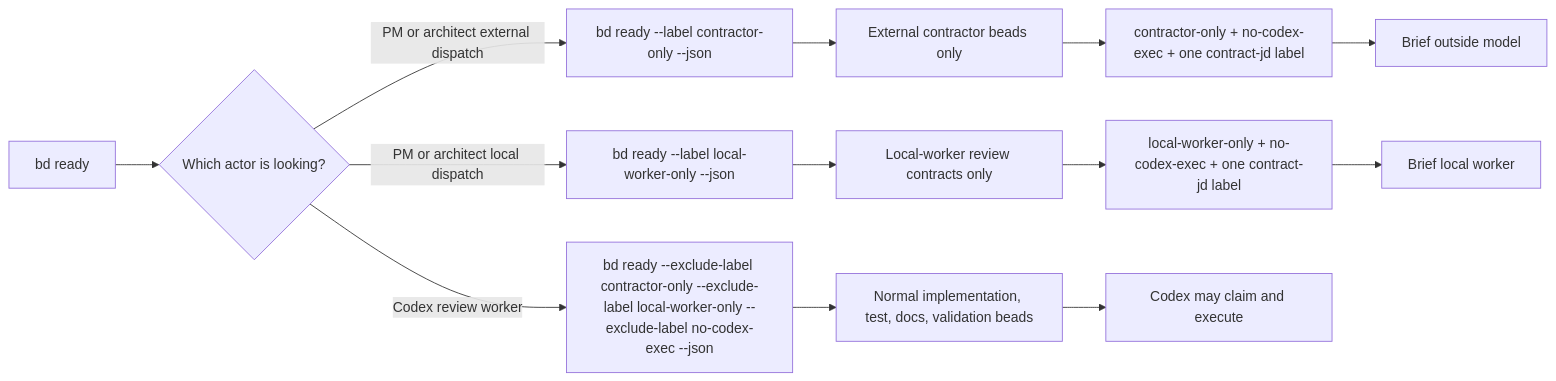
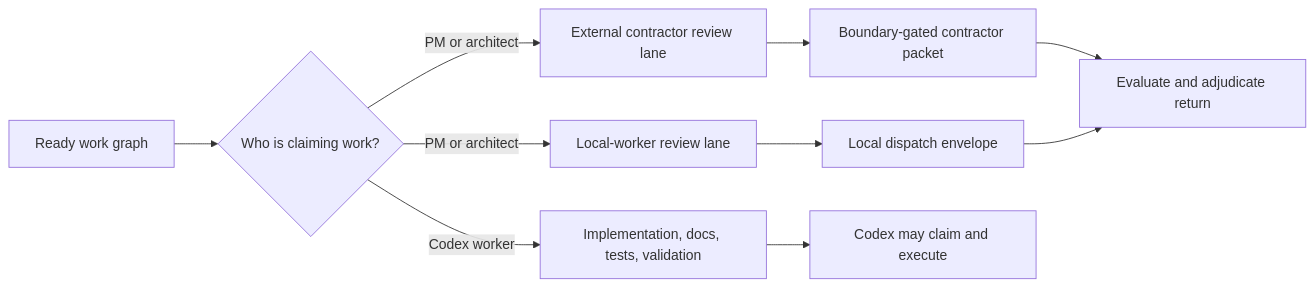
Before and after one commit to gprocunier/complex-work-orchestration: the ninth of 10 diagrams in README.md, drawn with Mermaid. The commit also changed other lines of this file and 8 other files, not shown here.

````diff
--- a/README.md
+++ b/README.md
@@ -787,17 +793,13 @@
 ```mermaid
 flowchart LR
-    Ready[bd ready] --> Filter{Which actor is looking?}
-    Filter -->|Codex review worker| CodexCmd[bd ready --exclude-label contractor-only --exclude-label local-worker-only --exclude-label no-codex-exec --json]
-    Filter -->|PM or architect external dispatch| ContractorCmd[bd ready --label contractor-only --json]
-    Filter -->|PM or architect local dispatch| LocalCmd[bd ready --label local-worker-only --json]
+    Ready[Ready work graph] --> Filter{Who is claiming work?}
+    Filter -->|Codex worker| Normal[Implementation, docs, tests, validation]
+    Filter -->|PM or architect| External[External contractor review lane]
+    Filter -->|PM or architect| Local[Local-worker review lane]
 
-    CodexCmd --> Normal[Normal implementation, test, docs, validation beads]
-    ContractorCmd --> Contracts[External contractor beads only]
-    LocalCmd --> LocalContracts[Local-worker review contracts only]
-
-    Contracts --> ContractLabels[contractor-only + no-codex-exec + one contract-jd label]
-    LocalContracts --> LocalLabels[local-worker-only + no-codex-exec + one contract-jd label]
-    ContractLabels --> Packet[Brief outside model]
-    LocalLabels --> LocalEnvelope[Brief local worker]
+    External --> Packet[Boundary-gated contractor packet]
+    Local --> LocalEnvelope[Local dispatch envelope]
     Normal --> Execute[Codex may claim and execute]
+    Packet --> Evaluate[Evaluate and adjudicate return]
+    LocalEnvelope --> Evaluate
 ```
````
